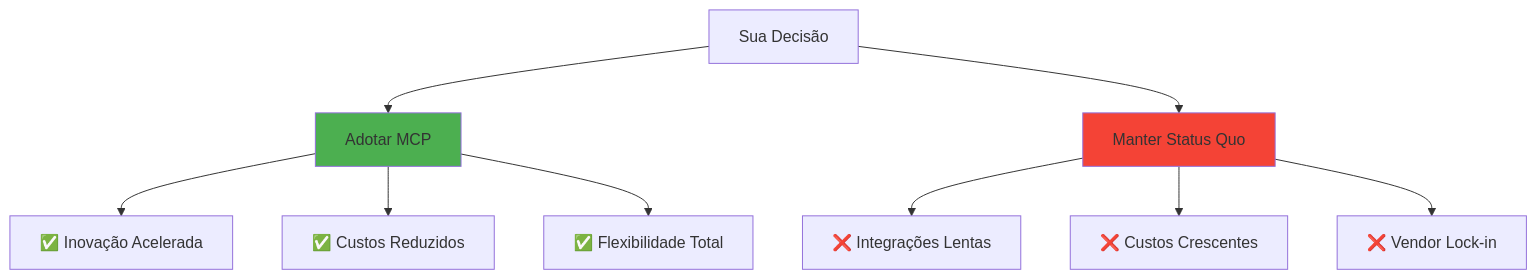
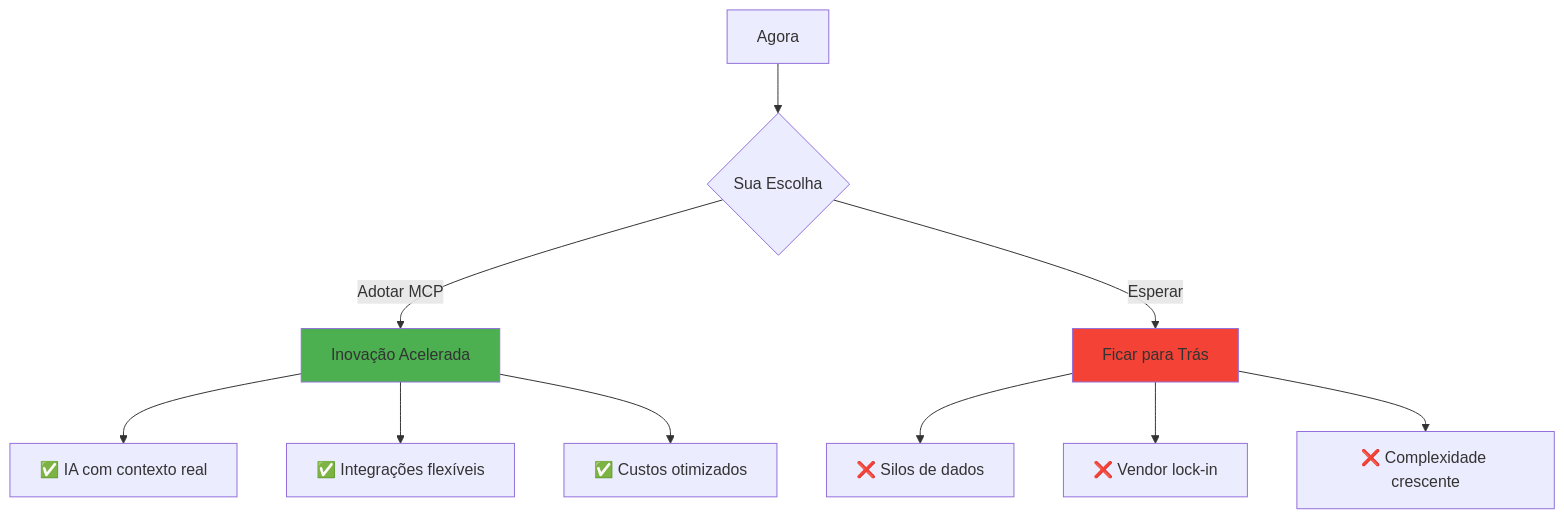
One commit to felipepimentel/my-public-notes changed diagram 14 of 17 in AI/Comunicação/MCP/00-mcp-presentation-zero to hero.md. Above: the diagram before and after it, drawn with Mermaid. The commit also changed other lines of this file, not shown here.

````diff
--- a/AI/Comunicação/MCP/00-mcp-presentation-zero to hero.md
+++ b/AI/Comunicação/MCP/00-mcp-presentation-zero to hero.md
@@ -325,16 +386,18 @@
 ```mermaid
 graph TD
-    CHOICE[Sua Decisão] --> MCP[Adotar MCP]
-    CHOICE --> WAIT[Manter Status Quo]
+    NOW[Agora] --> CHOICE{Sua Escolha}
     
-    MCP --> M1[✅ Inovação Acelerada]
-    MCP --> M2[✅ Custos Reduzidos]
-    MCP --> M3[✅ Flexibilidade Total]
+    CHOICE -->|Adotar MCP| WIN[Inovação Acelerada]
+    CHOICE -->|Esperar| RISK[Ficar para Trás]
     
-    WAIT --> W1[❌ Integrações Lentas]
-    WAIT --> W2[❌ Custos Crescentes]
-    WAIT --> W3[❌ Vendor Lock-in]
+    WIN --> W1[✅ IA com contexto real]
+    WIN --> W2[✅ Integrações flexíveis]
+    WIN --> W3[✅ Custos otimizados]
     
-    style MCP fill:#4CAF50
-    style WAIT fill:#f44336
+    RISK --> R1[❌ Silos de dados]
+    RISK --> R2[❌ Vendor lock-in]
+    RISK --> R3[❌ Complexidade crescente]
+    
+    style WIN fill:#4CAF50
+    style RISK fill:#f44336
 ```
````
